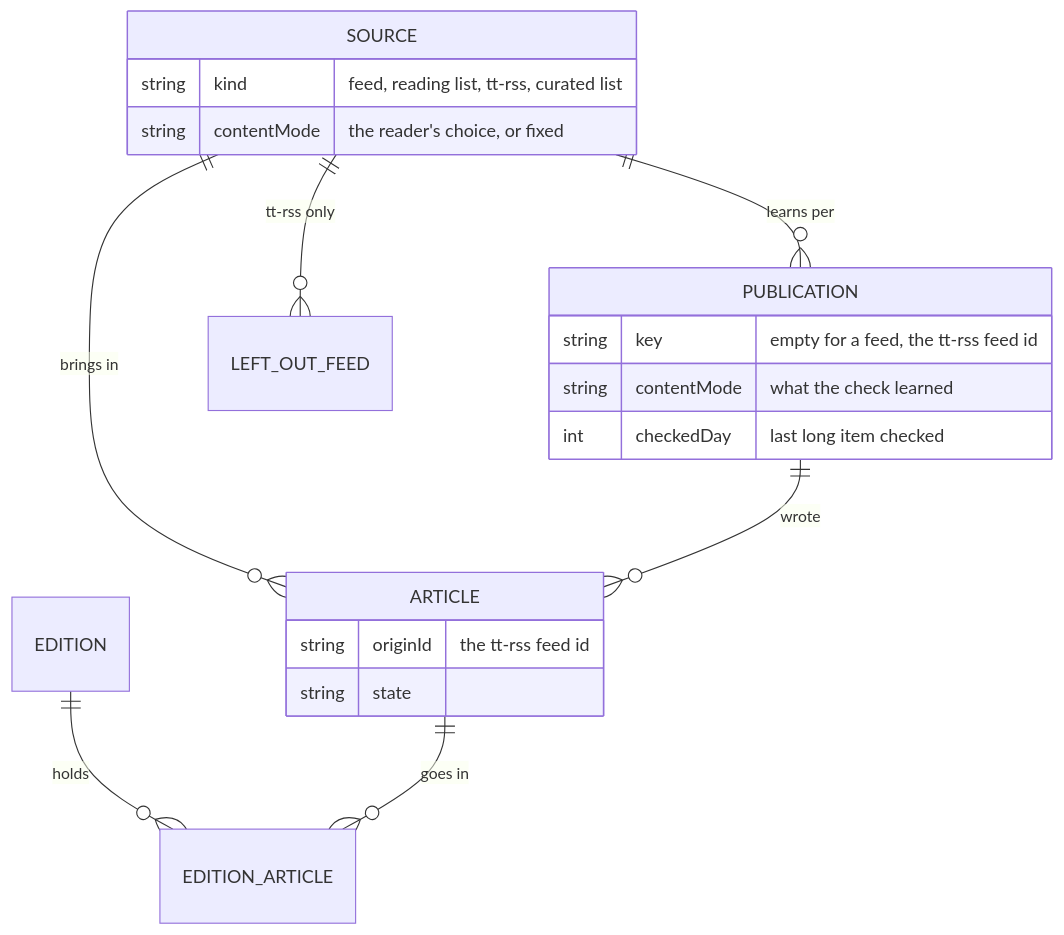
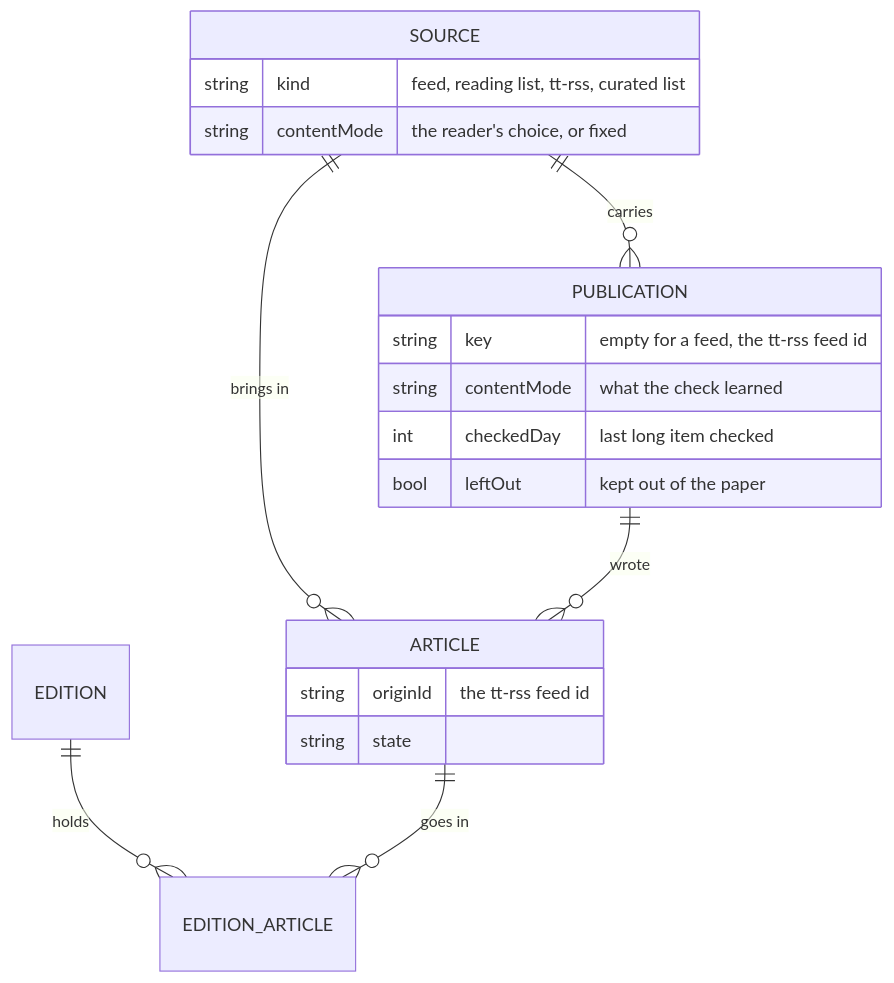
Before and after one commit to madCode/newspaperss: the first of 2 diagrams in docs/DESIGN.md, drawn with Mermaid. The commit also changed other lines of this file and 16 other files, not shown here.

First line of the commit message:
Left out moves onto the publication

````diff
--- a/docs/DESIGN.md
+++ b/docs/DESIGN.md
@@ -405,22 +405,22 @@
 ```mermaid
 erDiagram
-    SOURCE ||--o{ PUBLICATION : "learns per"
+    SOURCE ||--o{ PUBLICATION : carries
     SOURCE ||--o{ ARTICLE : "brings in"
-    SOURCE ||--o{ LEFT_OUT_FEED : "tt-rss only"
     PUBLICATION ||--o{ ARTICLE : "wrote"
     EDITION ||--o{ EDITION_ARTICLE : holds
     ARTICLE ||--o{ EDITION_ARTICLE : "goes in"
     SOURCE {
         string kind "feed, reading list, tt-rss, curated list"
         string contentMode "the reader's choice, or fixed"
     }
     PUBLICATION {
         string key "empty for a feed, the tt-rss feed id"
         string contentMode "what the check learned"
         int checkedDay "last long item checked"
+        bool leftOut "kept out of the paper"
     }
     ARTICLE {
         string originId "the tt-rss feed id"
         string state
     }
 ```
````
